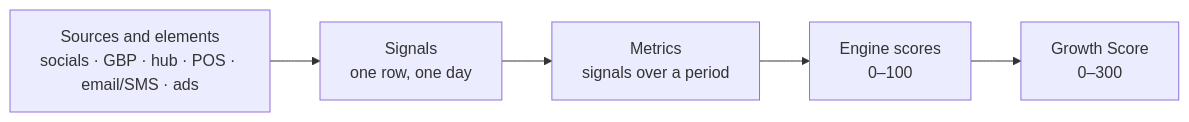
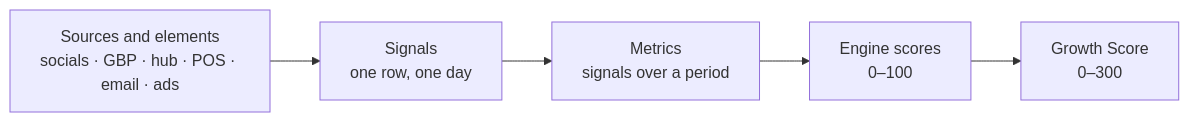
The diagram in docs/system/metrics.md (atriumad/atrium.agent.docs), drawn with Mermaid before and after one commit. The commit also changed other lines of this file and 105 other files, not shown here.

First line of the commit message:
docs: sync content from the platform repo (loyalty, ADR 0019-0022, agents, architecture), keep the design system

````diff
--- a/docs/system/metrics.md
+++ b/docs/system/metrics.md
@@ -13,7 +13,7 @@
 ```mermaid
 flowchart LR
-  S["Sources and elements<br/>socials · GBP · hub · POS · email/SMS · ads"] --> G["Signals<br/>one row, one day"]
+  S["Sources and elements<br/>socials · GBP · hub · POS · email · ads"] --> G["Signals<br/>one row, one day"]
   G --> M["Metrics<br/>signals over a period"]
   M --> E["Engine scores<br/>0–100"]
   E --> GS["Growth Score<br/>0–300"]
 ```
````
